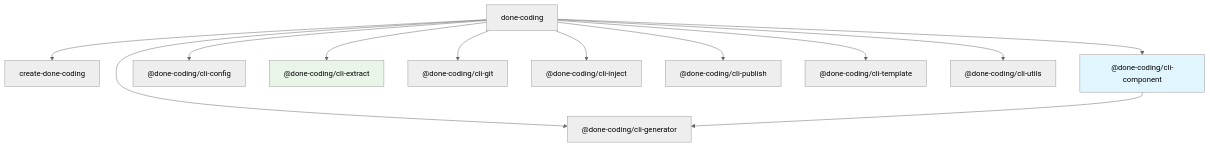
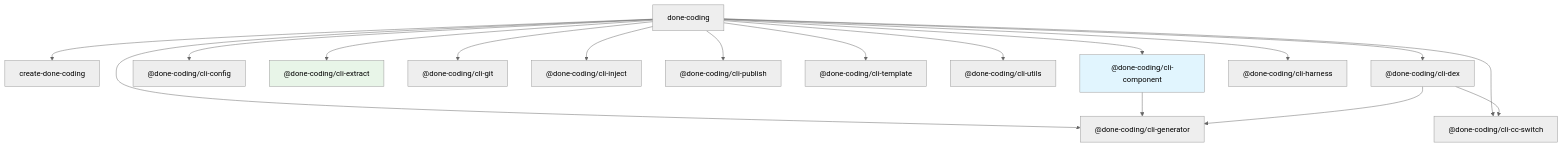
One commit to done-coding/done-coding-cli changed the diagram in packages/cli/README.md. Above: the diagram before and after it, drawn with Mermaid (neutral theme). The commit also changed other lines of this file and 20 other files, not shown here.

````diff
--- a/packages/cli/README.md
+++ b/packages/cli/README.md
@@ -305,18 +337,23 @@
 ```mermaid
 graph TD
     A["done-coding"] --> B["create-done-coding"]
     A --> D["@done-coding/cli-component"]
     A --> E["@done-coding/cli-config"]
     A --> F["@done-coding/cli-extract"]
     A --> G["@done-coding/cli-git"]
     A --> H["@done-coding/cli-inject"]
     A --> J["@done-coding/cli-publish"]
     A --> K["@done-coding/cli-template"]
     A --> L["@done-coding/cli-utils"]
     A --> M["@done-coding/cli-generator"]
+    A --> N["@done-coding/cli-cc-switch"]
+    A --> O["@done-coding/cli-dex"]
+    A --> P["@done-coding/cli-harness"]
 
     D --> M
+    O --> M
+    O --> N
 
     style D fill:#e1f5fe
     style F fill:#e8f5e8
 ```
````
